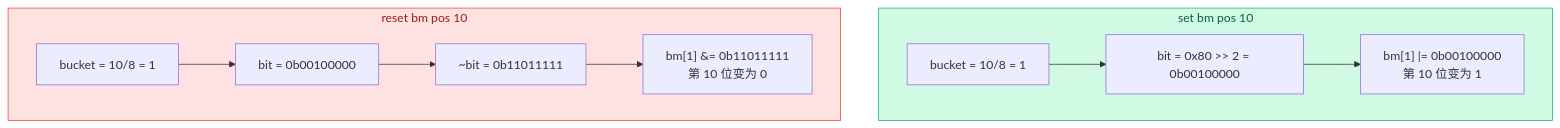
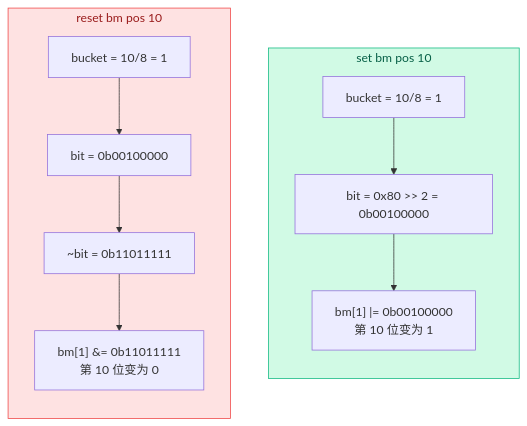
Before and after one commit to Dorian7Alden/RMDB-2024-Analyze: the diagram in my-analysis/02-record-layer/04-record-bitmap.md, drawn with Mermaid. The commit also changed other lines of this file, not shown here.

Commit message:
doc(record-bitmap): 补充 0x80 十六进制含义说明
- 0x 是十六进制前缀，0x80=128=0b10000000
- 位运算用十六进制更直观，一眼看出对应二进制位

````diff
--- a/my-analysis/02-record-layer/04-record-bitmap.md
+++ b/my-analysis/02-record-layer/04-record-bitmap.md
@@ -147,19 +149,21 @@
 ```mermaid
-flowchart TD
+flowchart TB
     subgraph set["set bm pos 10"]
+        direction TB
         style set fill:#d1fae5,stroke:#10b981,color:#065f46
         S1["bucket = 10/8 = 1"]
         S2["bit = 0x80 >> 2 = 0b00100000"]
         S3["bm[1] |= 0b00100000<br/>第 10 位变为 1"]
         S1 --> S2 --> S3
     end
 
     subgraph reset["reset bm pos 10"]
+        direction TB
         style reset fill:#fee2e2,stroke:#ef4444,color:#991b1b
         R1["bucket = 10/8 = 1"]
         R2["bit = 0b00100000"]
         R3["~bit = 0b11011111"]
         R4["bm[1] &= 0b11011111<br/>第 10 位变为 0"]
         R1 --> R2 --> R3 --> R4
     end
 ```
````
